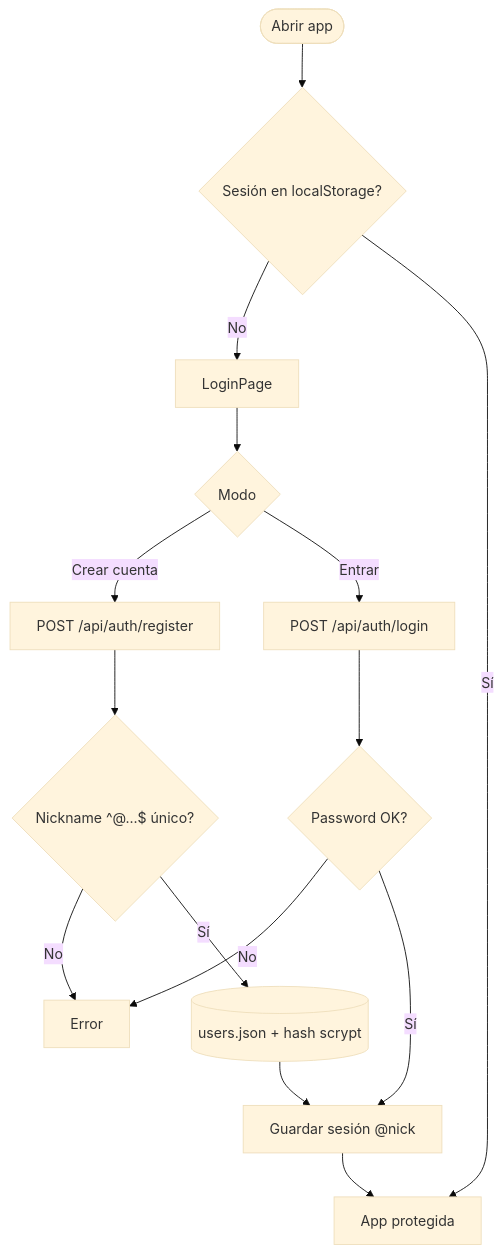
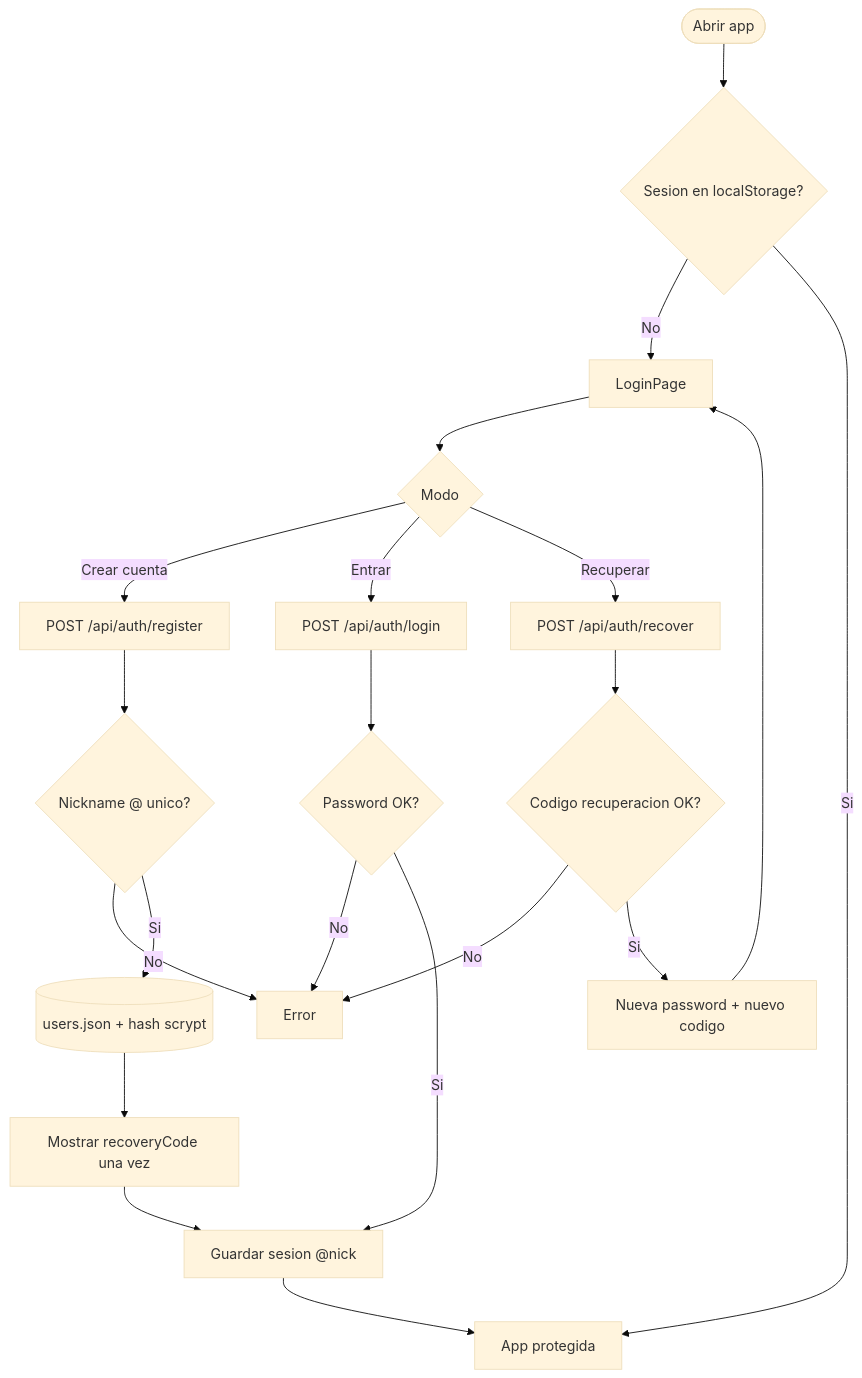
One commit to Mianjoy/Blockchain-Musical- changed the second of 5 diagrams in README.md. Above: the diagram before and after it, drawn with Mermaid (base theme). The commit also changed other lines of this file and 20 other files, not shown here.

````diff
--- a/README.md
+++ b/README.md
@@ -104,17 +104,23 @@
 ```mermaid
 flowchart TD
-  Start([Abrir app]) --> Gate{Sesión en localStorage?}
-  Gate -->|No| Login[LoginPage]
-  Gate -->|Sí| App[App protegida]
-  Login --> Mode{Modo}
-  Mode -->|Crear cuenta| Reg[POST /api/auth/register]
-  Mode -->|Entrar| Auth[POST /api/auth/login]
-  Reg --> Valid{Nickname ^@...$ único?}
-  Valid -->|No| Err[Error]
-  Valid -->|Sí| Save[(users.json + hash scrypt)]
-  Save --> Sess[Guardar sesión @nick]
-  Auth --> Check{Password OK?}
+  Start(["Abrir app"]) --> Gate{"Sesion en localStorage?"}
+  Gate -->|No| Login["LoginPage"]
+  Gate -->|Si| App["App protegida"]
+  Login --> Mode{"Modo"}
+  Mode -->|Crear cuenta| Reg["POST /api/auth/register"]
+  Mode -->|Entrar| Auth["POST /api/auth/login"]
+  Mode -->|Recuperar| Rec["POST /api/auth/recover"]
+  Reg --> Valid{"Nickname @ unico?"}
+  Valid -->|No| Err["Error"]
+  Valid -->|Si| Save[("users.json + hash scrypt")]
+  Save --> Code["Mostrar recoveryCode una vez"]
+  Code --> Sess["Guardar sesion @nick"]
+  Auth --> Check{"Password OK?"}
   Check -->|No| Err
-  Check -->|Sí| Sess
+  Check -->|Si| Sess
+  Rec --> RecOk{"Codigo recuperacion OK?"}
+  RecOk -->|No| Err
+  RecOk -->|Si| NewPass["Nueva password + nuevo codigo"]
+  NewPass --> Login
   Sess --> App
 ```
````
